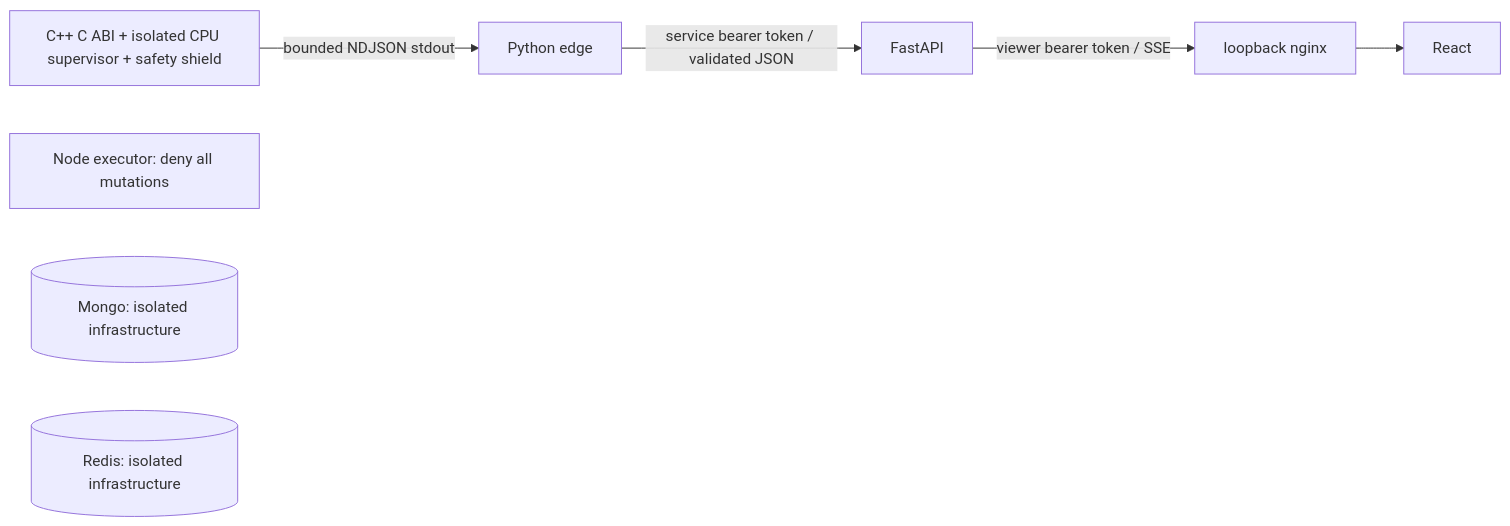
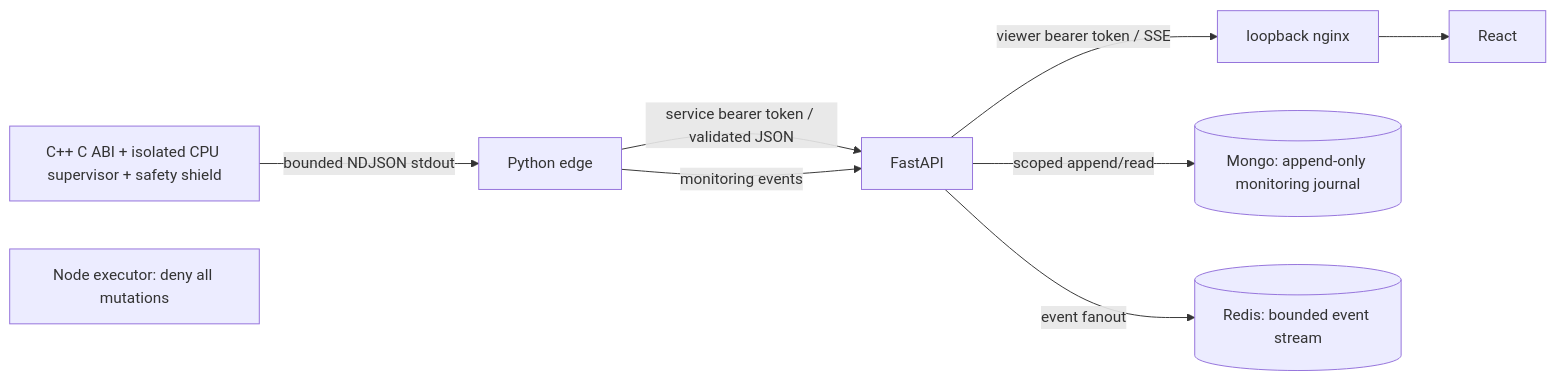
Before and after one commit to ranaprathapreddy597/AEGIS-GRID: the diagram in docs/ARCHITECTURE.md, drawn with Mermaid. The commit also changed other lines of this file and 48 other files, not shown here.

````diff
--- a/docs/ARCHITECTURE.md
+++ b/docs/ARCHITECTURE.md
@@ -6,10 +6,13 @@
 ```mermaid
 flowchart LR
   C[C++ C ABI + isolated CPU supervisor + safety shield] -->|bounded NDJSON stdout| E[Python edge]
   E -->|service bearer token / validated JSON| A[FastAPI]
   A -->|viewer bearer token / SSE| N[loopback nginx]
   N --> R[React]
+  E -->|monitoring events| A
+  A -->|scoped append/read| M
+  A -->|event fanout| D
   X[Node executor: deny all mutations]
-  M[(Mongo: isolated infrastructure)]
-  D[(Redis: isolated infrastructure)]
+  M[(Mongo: append-only monitoring journal)]
+  D[(Redis: bounded event stream)]
 ```
````
